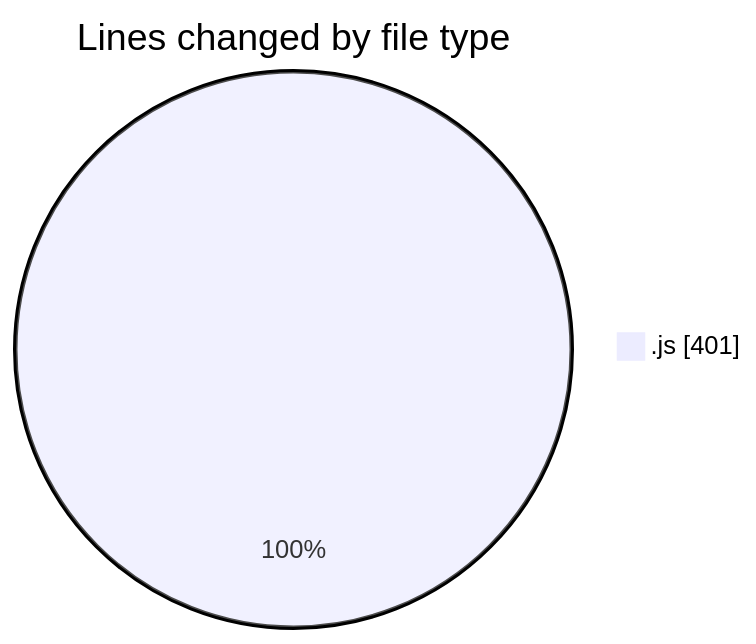
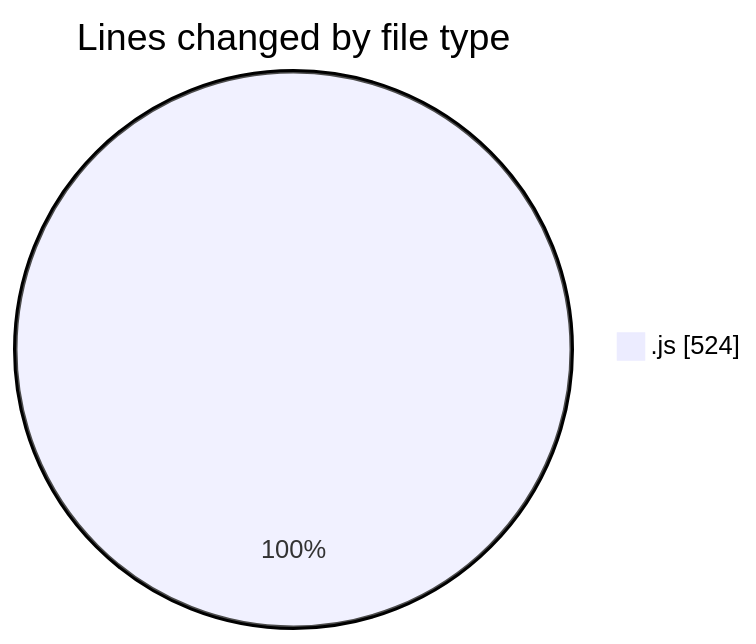
Before and after one commit to Ritupan-Deka/code-tracking: the first of 2 diagrams in 2025-08-05/javascript/README.md, drawn with Mermaid. The commit also changed other lines of this file and 1 other file, not shown here.

````diff
--- a/2025-08-05/javascript/README.md
+++ b/2025-08-05/javascript/README.md
@@ -21,5 +21,5 @@
 ```mermaid
 pie showData
 title Lines changed by file type
-".js" : 401
+".js" : 524
 ```
````
